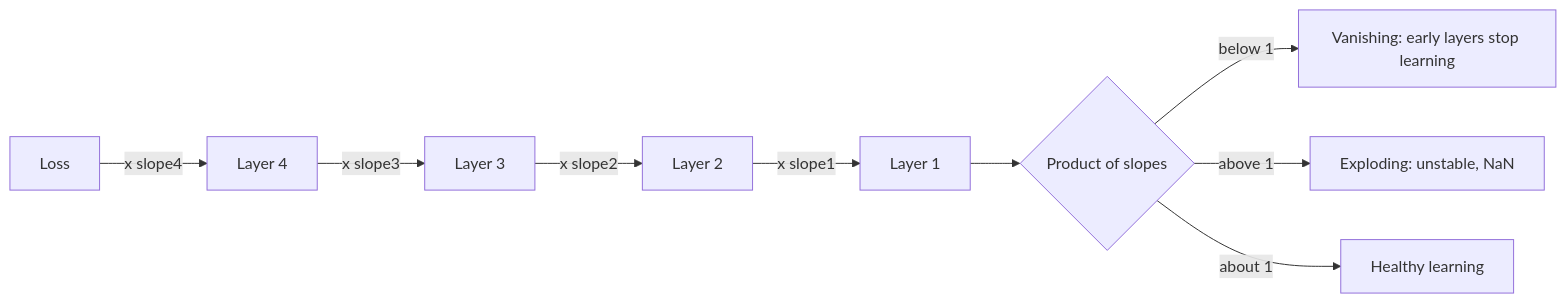
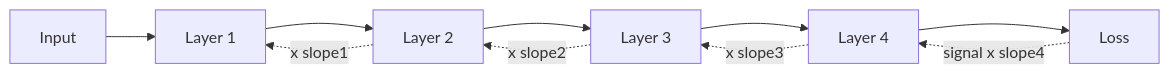
The first of 2 diagrams in notes/step-02-deep-learning-and-neural-networks/033-vanishing-and-exploding-gradients.md (kaisarnajar/outcome-school-blogs), drawn with Mermaid before and after one commit. The commit also changed other lines of this file and 233 other files, not shown here.

````diff
--- a/notes/step-02-deep-learning-and-neural-networks/033-vanishing-and-exploding-gradients.md
+++ b/notes/step-02-deep-learning-and-neural-networks/033-vanishing-and-exploding-gradients.md
@@ -51,11 +103,8 @@
 ```mermaid
 flowchart LR
-    L["Loss"] -->|"x slope4"| L4["Layer 4"]
-    L4 -->|"x slope3"| L3["Layer 3"]
-    L3 -->|"x slope2"| L2["Layer 2"]
-    L2 -->|"x slope1"| L1["Layer 1"]
-    L1 --> R{"Product of slopes"}
-    R -->|"below 1"| V["Vanishing: early layers stop learning"]
-    R -->|"above 1"| E["Exploding: unstable, NaN"]
-    R -->|"about 1"| H["Healthy learning"]
+    I1["Input"] --> L1["Layer 1"] --> L2["Layer 2"] --> L3["Layer 3"] --> L4["Layer 4"] --> LS["Loss"]
+    LS -.->|"signal x slope4"| L4
+    L4 -.->|"x slope3"| L3
+    L3 -.->|"x slope2"| L2
+    L2 -.->|"x slope1"| L1
 ```
````
